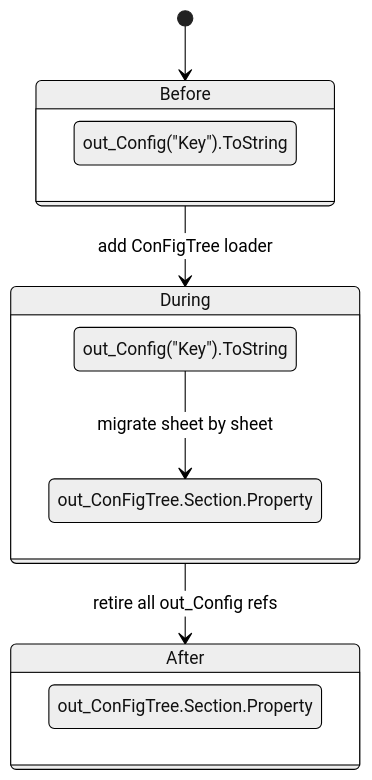
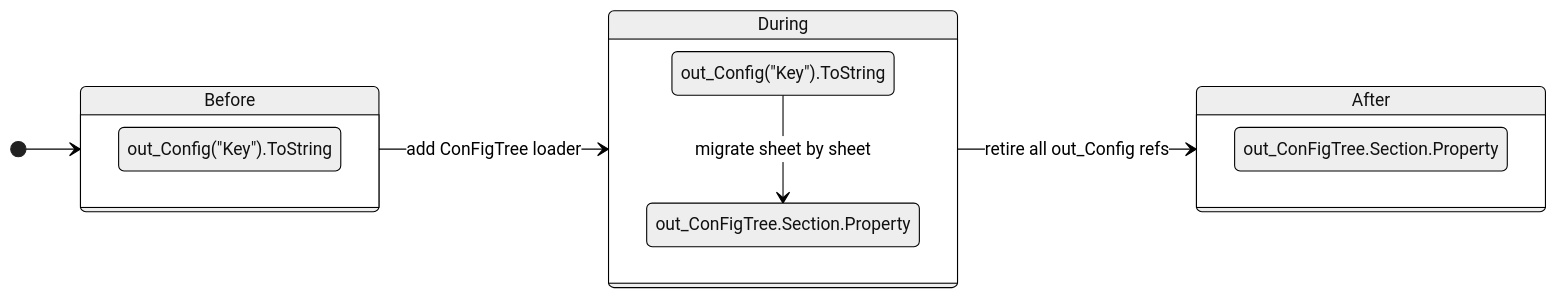
Before and after one commit to rpapub/ConFormMold: the fourth of 12 diagrams in docs/wiki/Mermaid-Diagrams.md, drawn with Mermaid (neutral theme).

Commit message:
docs: render Dual Way state diagram horizontally (direction LR)

````diff
--- a/docs/wiki/Mermaid-Diagrams.md
+++ b/docs/wiki/Mermaid-Diagrams.md
@@ -63,18 +63,19 @@
 ```mermaid
 stateDiagram-v2
+    direction LR
     [*] --> Before
     Before --> During : add ConFigTree loader
     During --> After : retire all out_Config refs
 
     state Before {
         s1 : out_Config("Key").ToString
     }
     state During {
         s2 : out_Config("Key").ToString
         s3 : out_ConFigTree.Section.Property
         s2 --> s3 : migrate sheet by sheet
     }
     state After {
         s4 : out_ConFigTree.Section.Property
     }
 ```
````
